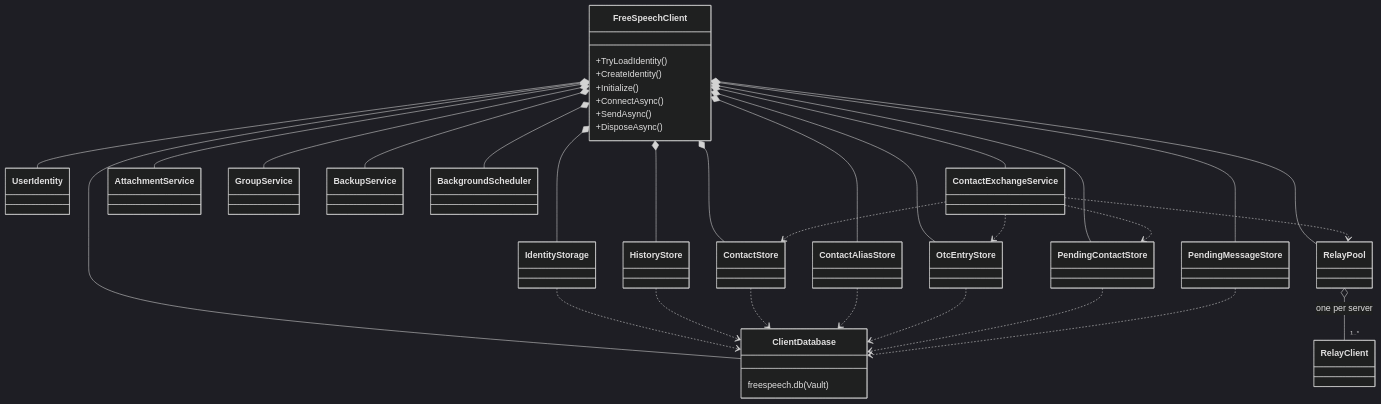
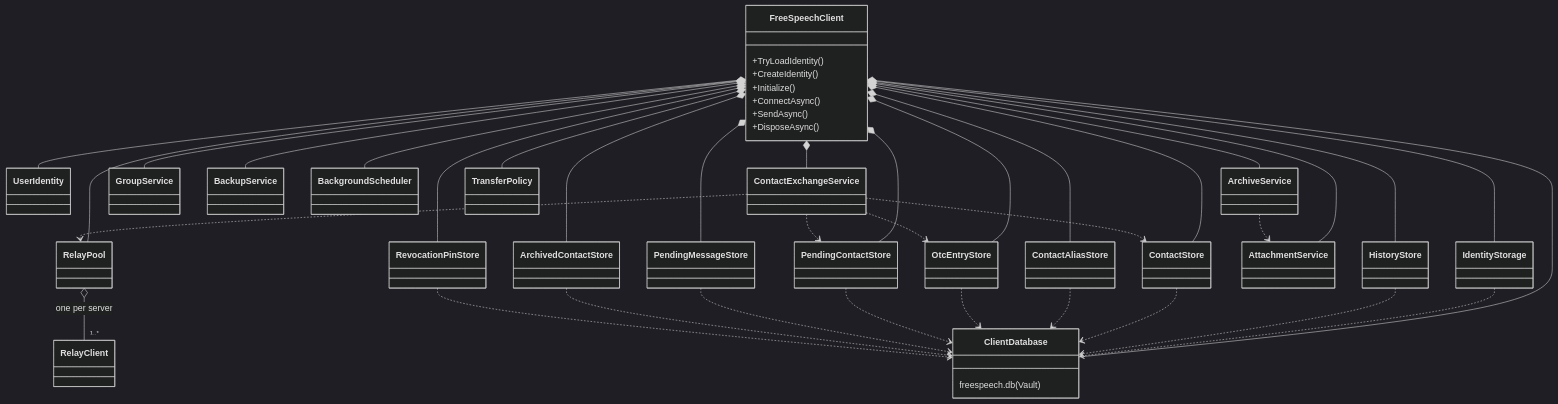
Before and after one commit to rebisway/freespeech: the diagram in sources/diagrams/uml/client-library.md, drawn with Mermaid (dark theme). The commit also changed 4 other files, not shown here.

Commit message:
Diagrams: client architecture (Desktop, ArchiveService, DirectoryClient), database schema (meta, thumbnails, migration and wipe collections), client UML

````diff
--- a/sources/diagrams/uml/client-library.md
+++ b/sources/diagrams/uml/client-library.md
@@ -13,63 +13,74 @@
 ```mermaid
 classDiagram
     direction TB
 
     class FreeSpeechClient {
         +TryLoadIdentity()
         +CreateIdentity()
         +Initialize()
         +ConnectAsync()
         +SendAsync()
         +DisposeAsync()
     }
 
     class ClientDatabase {
         freespeech.db (Vault)
     }
 
     class UserIdentity
     class IdentityStorage
     class HistoryStore
     class ContactStore
     class ContactAliasStore
     class OtcEntryStore
     class PendingContactStore
     class PendingMessageStore
     class RelayPool
     class RelayClient
     class ContactExchangeService
     class AttachmentService
     class GroupService
     class BackupService
     class BackgroundScheduler
+    class ArchiveService
+    class ArchivedContactStore
+    class RevocationPinStore
+    class TransferPolicy
 
     FreeSpeechClient *-- ClientDatabase
     FreeSpeechClient *-- UserIdentity
     FreeSpeechClient *-- RelayPool
     FreeSpeechClient *-- ContactExchangeService
     FreeSpeechClient *-- AttachmentService
     FreeSpeechClient *-- GroupService
     FreeSpeechClient *-- BackupService
     FreeSpeechClient *-- BackgroundScheduler
     FreeSpeechClient *-- IdentityStorage
     FreeSpeechClient *-- HistoryStore
     FreeSpeechClient *-- ContactStore
     FreeSpeechClient *-- ContactAliasStore
     FreeSpeechClient *-- OtcEntryStore
     FreeSpeechClient *-- PendingContactStore
     FreeSpeechClient *-- PendingMessageStore
+    FreeSpeechClient *-- ArchiveService
+    FreeSpeechClient *-- ArchivedContactStore
+    FreeSpeechClient *-- RevocationPinStore
+    FreeSpeechClient *-- TransferPolicy
 
     IdentityStorage ..> ClientDatabase
     HistoryStore ..> ClientDatabase
     ContactStore ..> ClientDatabase
     ContactAliasStore ..> ClientDatabase
     OtcEntryStore ..> ClientDatabase
     PendingContactStore ..> ClientDatabase
     PendingMessageStore ..> ClientDatabase
+    ArchivedContactStore ..> ClientDatabase
+    RevocationPinStore ..> ClientDatabase
+    ArchiveService ..> AttachmentService
 
     RelayPool o-- "1..*" RelayClient : one per server
     ContactExchangeService ..> RelayPool
     ContactExchangeService ..> ContactStore
     ContactExchangeService ..> OtcEntryStore
     ContactExchangeService ..> PendingContactStore
 ```
````
